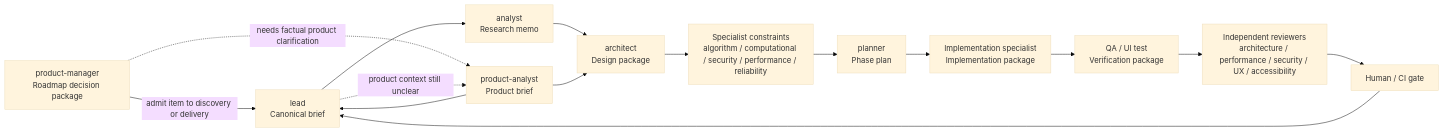
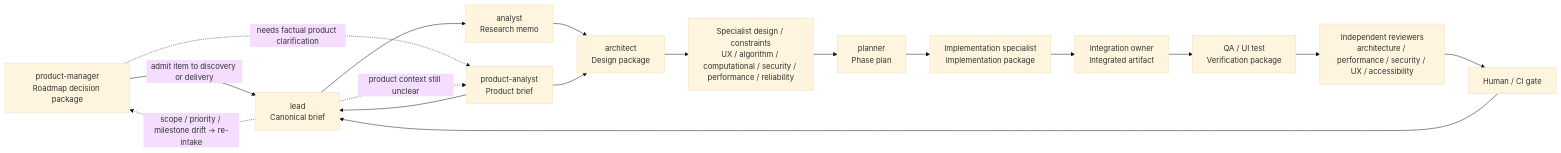
The first of 4 diagrams in references/operating-model-diagram.md (applicate2628/Orchestrarium), drawn with Mermaid (base theme) before and after one commit. The commit also changed other lines of this file and 24 other files, not shown here.

````diff
--- a/references/operating-model-diagram.md
+++ b/references/operating-model-diagram.md
@@ -7,30 +7,32 @@
 ```mermaid
 flowchart LR
     PM["product-manager<br/>Roadmap decision package"]
     PA["product-analyst<br/>Product brief"]
     M["lead<br/>Canonical brief"]
     A["analyst<br/>Research memo"]
     AR["architect<br/>Design package"]
-    S["Specialist constraints<br/>algorithm / computational / security / performance / reliability"]
+    S["Specialist design / constraints<br/>UX / algorithm / computational / security / performance / reliability"]
     P["planner<br/>Phase plan"]
     I["Implementation specialist<br/>Implementation package"]
     QA["QA / UI test<br/>Verification package"]
     R["Independent reviewers<br/>architecture / performance / security / UX / accessibility"]
     H["Human / CI gate"]
 
     PM -->|"admit item to discovery or delivery"| M
     PM -. "needs factual product clarification" .-> PA
     PA --> M
+    M -. "scope / priority / milestone drift -> re-intake" .-> PM
 
     M --> A
     M -. "product context still unclear" .-> PA
     A --> AR
     PA --> AR
     AR --> S
     S --> P
     P --> I
-    I --> QA
+    I --> INT["Integration owner<br/>Integrated artifact"]
+    INT --> QA
     QA --> R
     R --> H
     H --> M
 ```
````
